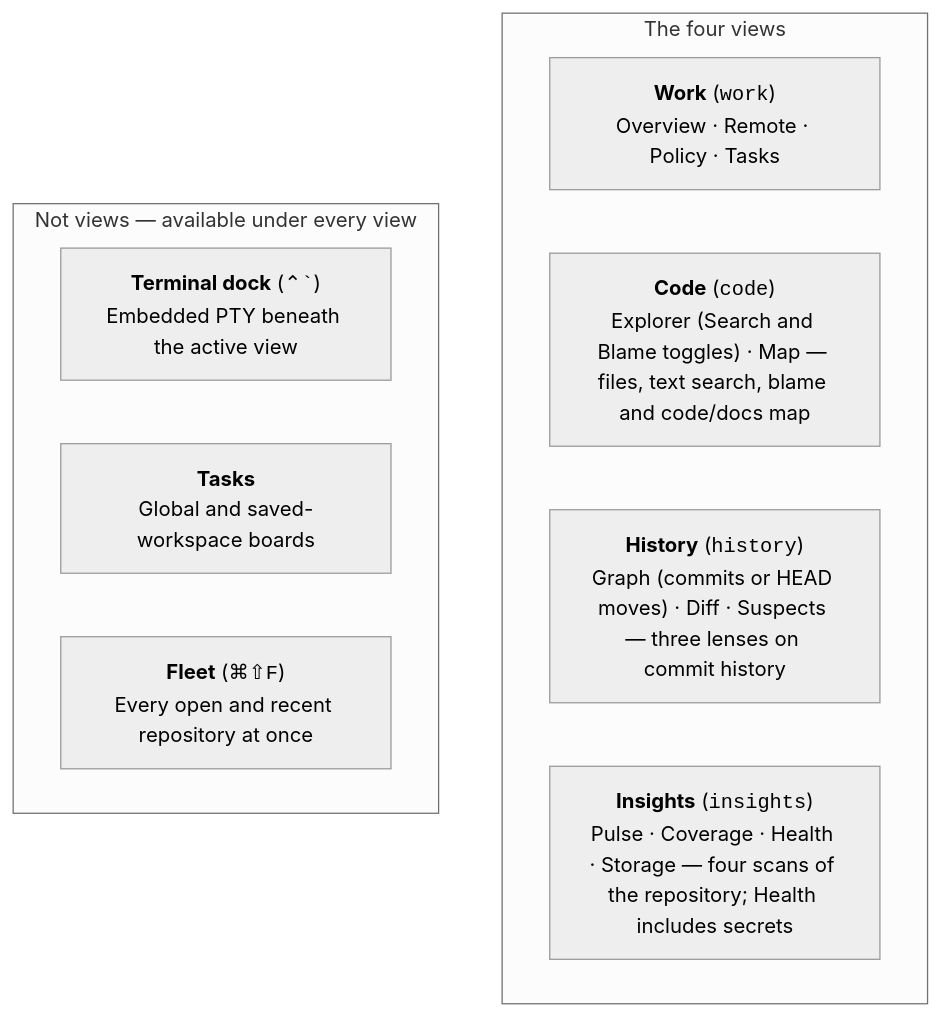
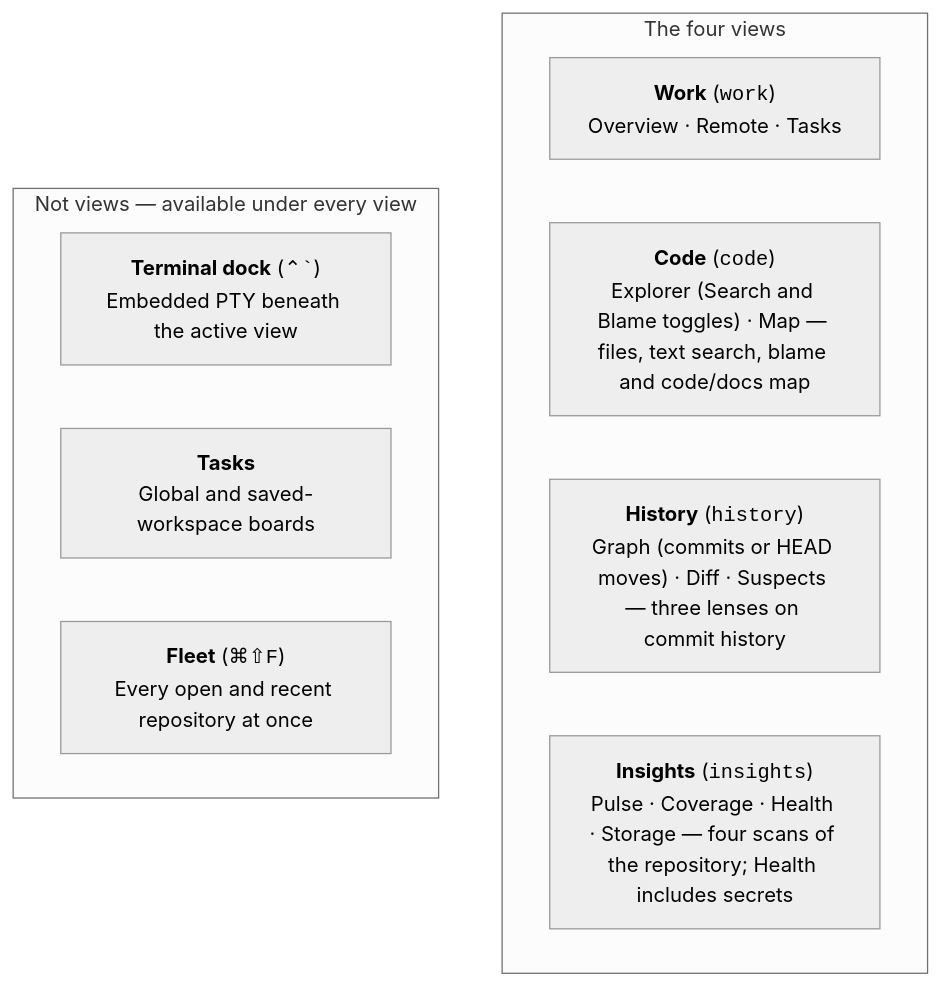
One commit to bharathvbcr/GitPulse changed the first of 4 diagrams in docs/FEATURES.md. Above: the diagram before and after it, drawn with Mermaid (neutral theme). The commit also changed other lines of this file and 22 other files, not shown here.

First line of the commit message:
refactor(work): retire ManviOpsPanel, ManviHarnessPane and PolicyPane; contracts and docs follow the cards

````diff
--- a/docs/FEATURES.md
+++ b/docs/FEATURES.md
@@ -50,15 +50,15 @@
 ```mermaid
 flowchart TD
     subgraph ViewGroup["The four views"]
-        Work["<b>Work</b> (<code>work</code>)<br/>Overview · Remote · Policy · Tasks"]
+        Work["<b>Work</b> (<code>work</code>)<br/>Overview · Remote · Tasks"]
         Code["<b>Code</b> (<code>code</code>)<br/>Explorer (Search and Blame toggles) · Map — files, text search, blame and code/docs map"]
         History["<b>History</b> (<code>history</code>)<br/>Graph (commits or HEAD moves) · Diff · Suspects — three lenses on commit history"]
         Insights["<b>Insights</b> (<code>insights</code>)<br/>Pulse · Coverage · Health · Storage — four scans of the repository; Health includes secrets"]
     end
 
     subgraph NotViews["Not views — available under every view"]
         Terminal["<b>Terminal dock</b> (<code>⌃`</code>)<br/>Embedded PTY beneath the active view"]
         Tasks["<b>Tasks</b><br/>Global and saved-workspace boards"]
         Fleet["<b>Fleet</b> (<code>⌘⇧F</code>)<br/>Every open and recent repository at once"]
     end
 ```
````
